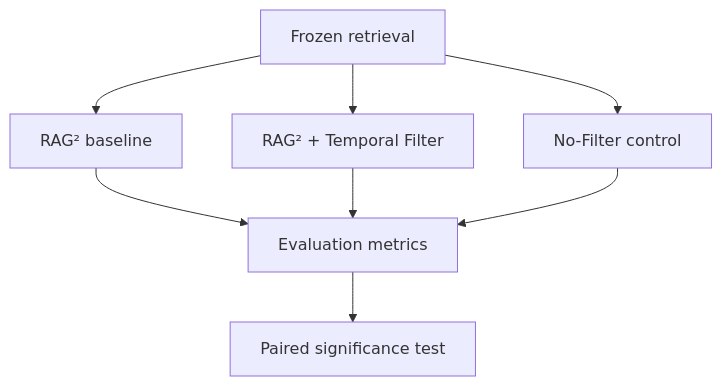
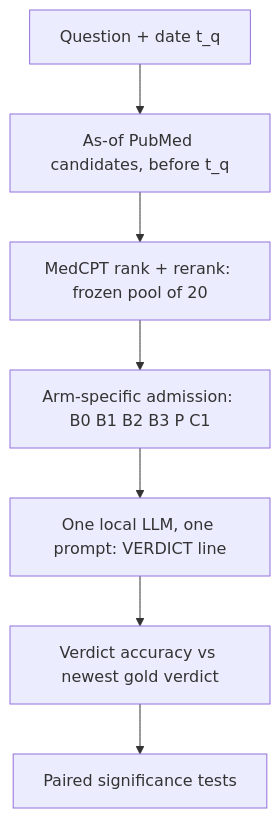
The diagram in README.md (MahwishZa/thesis_research), drawn with Mermaid before and after one commit. The commit also changed other lines of this file, not shown here.

````diff
--- a/README.md
+++ b/README.md
@@ -58,11 +69,9 @@
 ```mermaid
 flowchart TD
-    R[Frozen retrieval]
-    R --> A1[RAG² baseline]
-    R --> A2[RAG² + Temporal Filter]
-    R --> A3[No-Filter control]
-    A1 --> E[Evaluation metrics]
-    A2 --> E
-    A3 --> E
-    E --> S[Paired significance test]
+    Q[Question + date t_q] --> C[As-of PubMed candidates, before t_q]
+    C --> F[MedCPT rank + rerank: frozen pool of 20]
+    F --> A[Arm-specific admission: B0 B1 B2 B3 P C1]
+    A --> G[One local LLM, one prompt: VERDICT line]
+    G --> E[Verdict accuracy vs newest gold verdict]
+    E --> S[Paired significance tests]
 ```
````
